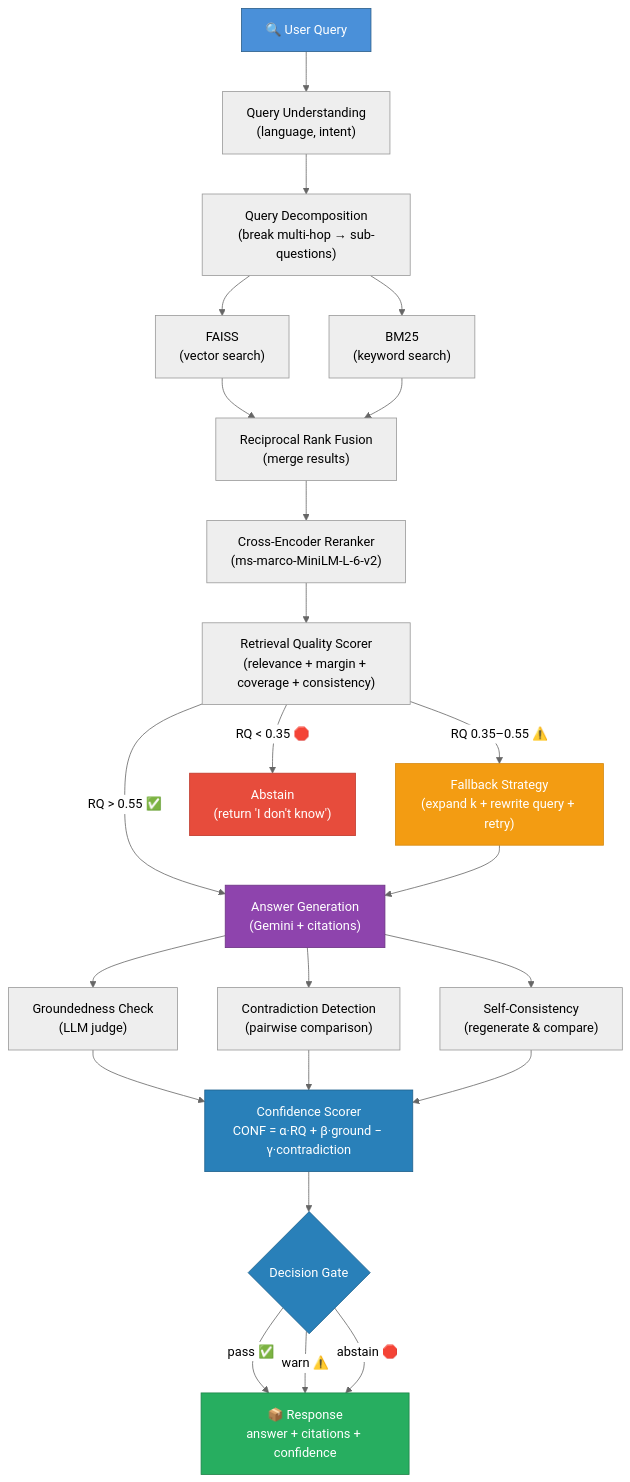
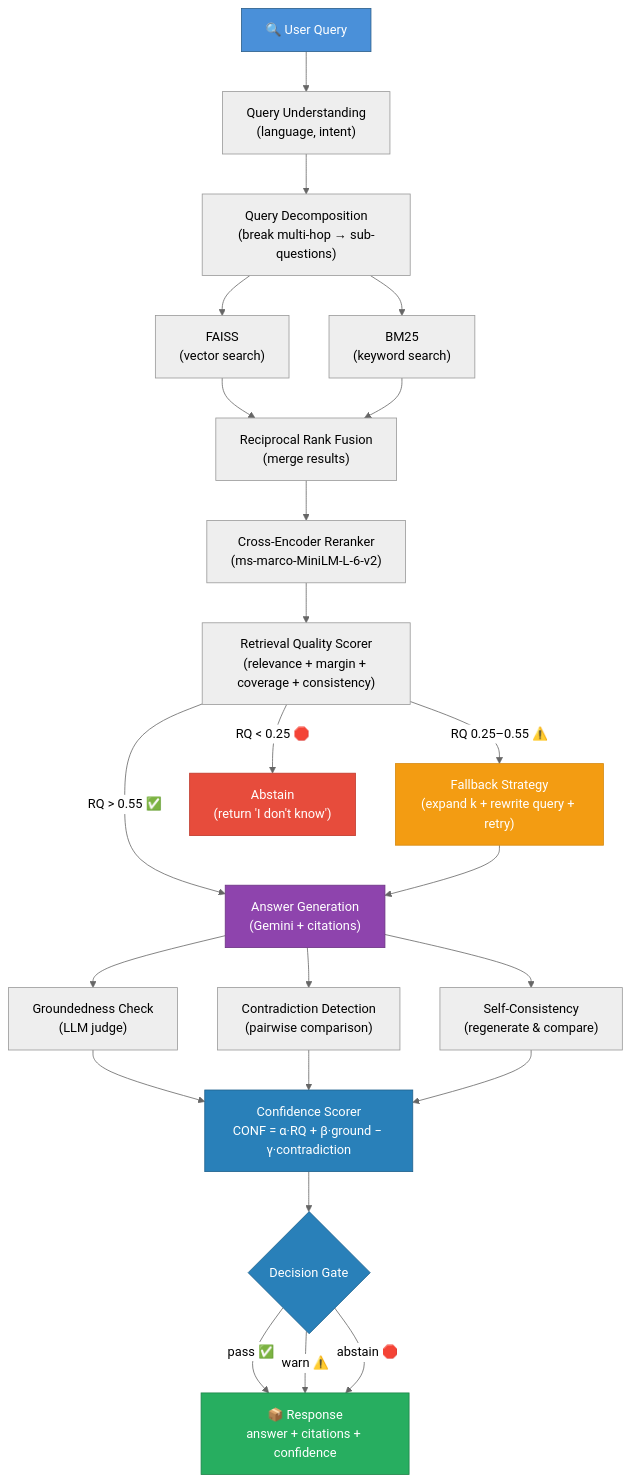
Before and after one commit to Aagam-Bothara/rag-reliability-engine: the first of 3 diagrams in README.md, drawn with Mermaid (neutral theme). The commit also changed other lines of this file and 4 other files, not shown here.

````diff
--- a/README.md
+++ b/README.md
@@ -13,41 +13,41 @@
 ```mermaid
 flowchart TD
     Q["🔍 User Query"] --> U["Query Understanding\n(language, intent)"]
     U --> D["Query Decomposition\n(break multi-hop → sub-questions)"]
 
     D --> F["FAISS\n(vector search)"]
     D --> B["BM25\n(keyword search)"]
 
     F --> RRF["Reciprocal Rank Fusion\n(merge results)"]
     B --> RRF
 
     RRF --> RE["Cross-Encoder Reranker\n(ms-marco-MiniLM-L-6-v2)"]
     RE --> RQ["Retrieval Quality Scorer\n(relevance + margin + coverage + consistency)"]
 
     RQ -->|"RQ > 0.55 ✅"| GEN["Answer Generation\n(Gemini + citations)"]
-    RQ -->|"RQ 0.35–0.55 ⚠️"| FB["Fallback Strategy\n(expand k + rewrite query + retry)"]
-    RQ -->|"RQ < 0.35 🛑"| ABS["Abstain\n(return 'I don't know')"]
+    RQ -->|"RQ 0.25–0.55 ⚠️"| FB["Fallback Strategy\n(expand k + rewrite query + retry)"]
+    RQ -->|"RQ < 0.25 🛑"| ABS["Abstain\n(return 'I don't know')"]
 
     FB --> GEN
 
     GEN --> G["Groundedness Check\n(LLM judge)"]
     GEN --> C["Contradiction Detection\n(pairwise comparison)"]
     GEN --> SC["Self-Consistency\n(regenerate & compare)"]
 
     G --> CONF["Confidence Scorer\nCONF = α·RQ + β·ground − γ·contradiction"]
     C --> CONF
     SC --> CONF
 
     CONF --> DEC{"Decision Gate"}
     DEC -->|"pass ✅"| OUT["📦 Response\nanswer + citations + confidence"]
     DEC -->|"warn ⚠️"| OUT
     DEC -->|"abstain 🛑"| OUT
 
     style Q fill:#4A90D9,stroke:#2C5F8A,color:#fff
     style ABS fill:#E74C3C,stroke:#C0392B,color:#fff
     style OUT fill:#27AE60,stroke:#1E8449,color:#fff
     style FB fill:#F39C12,stroke:#D68910,color:#fff
     style GEN fill:#8E44AD,stroke:#6C3483,color:#fff
     style CONF fill:#2980B9,stroke:#1F618D,color:#fff
     style DEC fill:#2980B9,stroke:#1F618D,color:#fff
 ```
````
